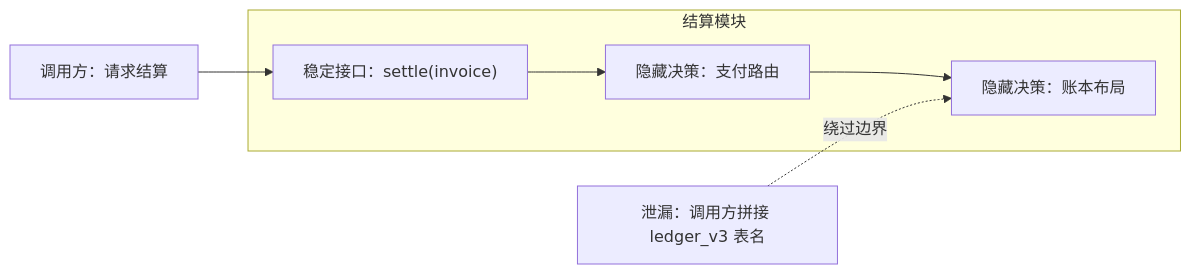
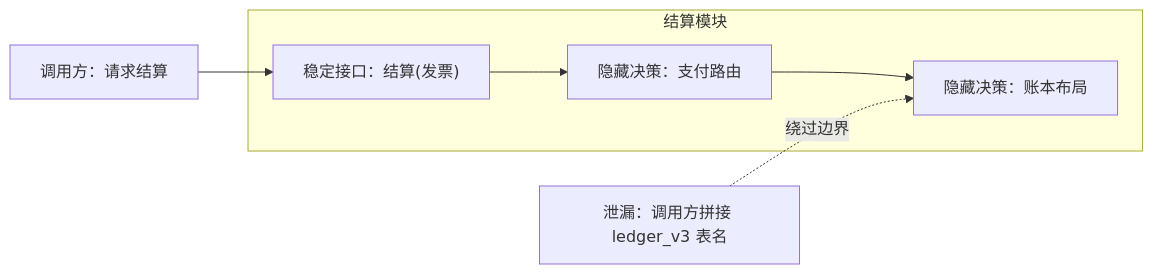
One commit to sealday/tego-arch changed the diagram in content/principles/pr-01-information-hiding.mdx. Above: the diagram before and after it, drawn with Mermaid. The commit also changed other lines of this file and 68 other files, not shown here.

Commit message:
refactor(content): standardize architecture terminology

````diff
--- a/content/principles/pr-01-information-hiding.mdx
+++ b/content/principles/pr-01-information-hiding.mdx
@@ -61,9 +62,9 @@
 ```mermaid
 flowchart LR
-  C["调用方：请求结算"] --> I["稳定接口：settle(invoice)"]
+  C["调用方：请求结算"] --> I["稳定接口：结算(发票)"]
   subgraph M["结算模块"]
     I --> P["隐藏决策：支付路由"]
     P --> S["隐藏决策：账本布局"]
   end
   L["泄漏：调用方拼接 ledger_v3 表名"] -.绕过边界.-> S
 ```
````
